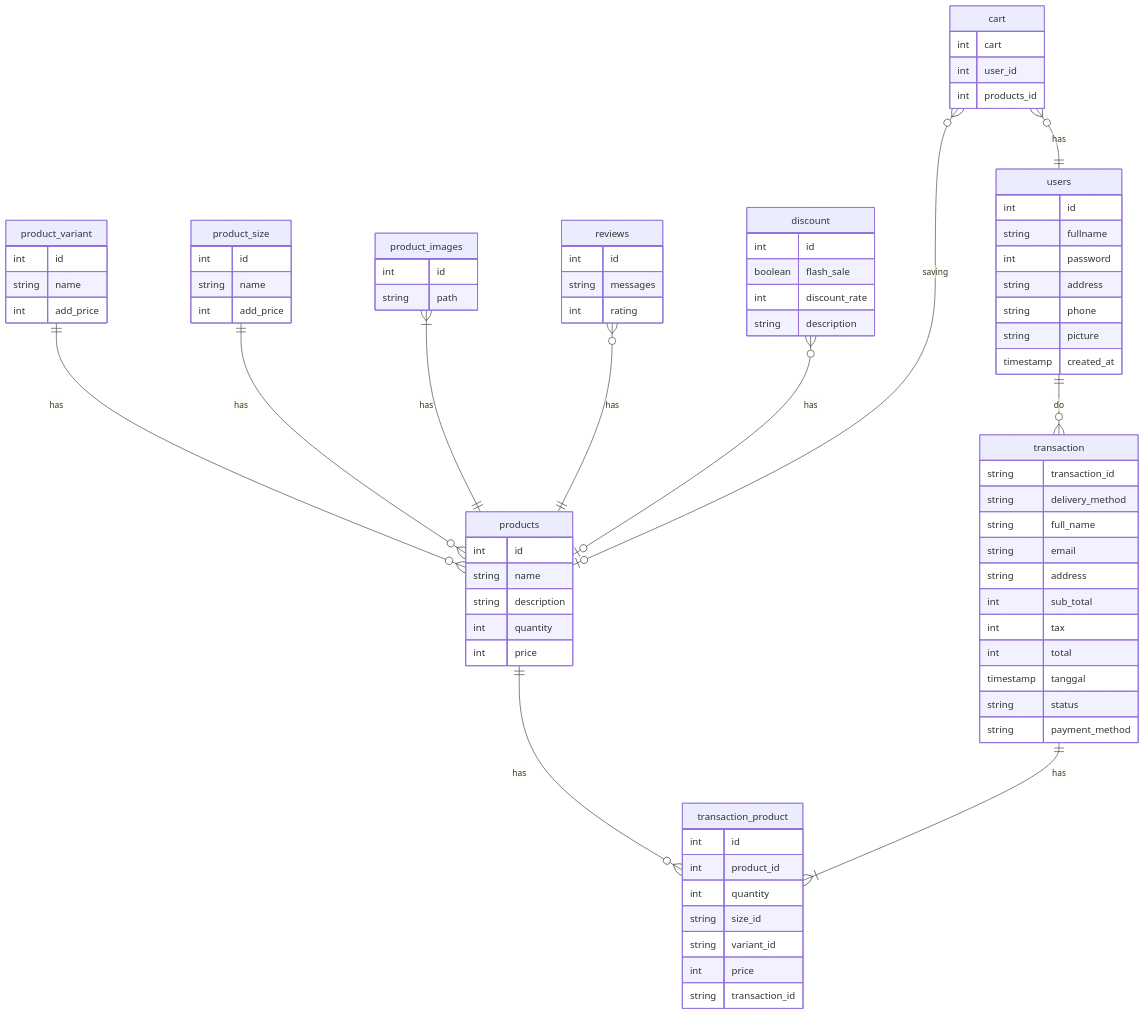
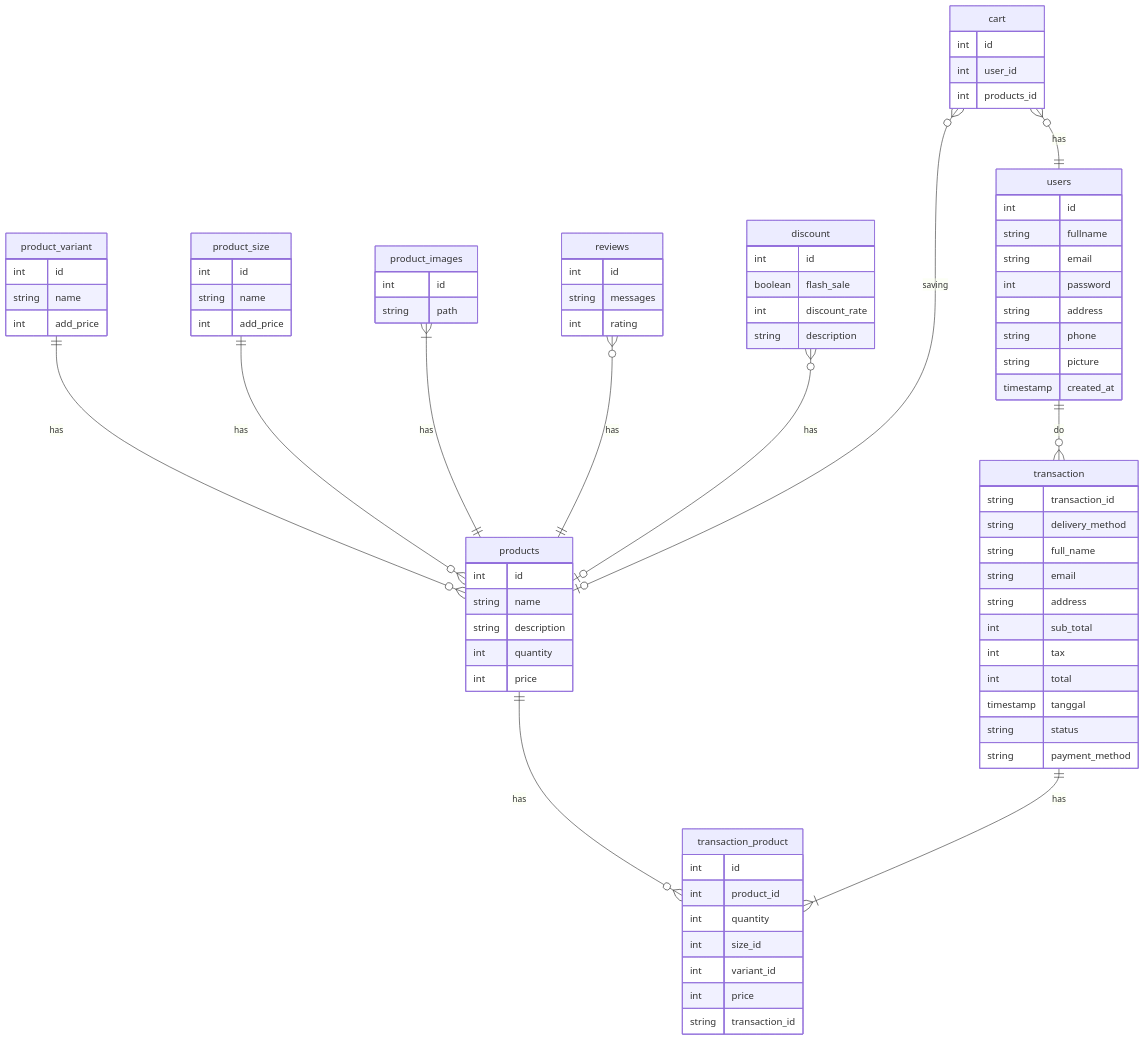
Before and after one commit to Arif14377/koda-b6-db: the diagram in README.md, drawn with Mermaid. The commit also changed 1 other file, not shown here.

Commit message:
feat: create all table (wip)

```diff
--- a/README.md
+++ b/README.md
@@ -8,6 +8,7 @@
     users {
         int id
         string fullname
+        string email
         int password
         string address
         string phone
@@ -69,8 +70,8 @@
         int id
         int product_id
         int quantity
-        string size_id
-        string variant_id
+        int size_id
+        int variant_id
         int price
         string transaction_id
     }
@@ -86,7 +87,7 @@
     cart }o--|| users : has
     cart }o--o| products : saving
     cart {
-        int cart
+        int id
         int user_id
         int products_id
     }
```
